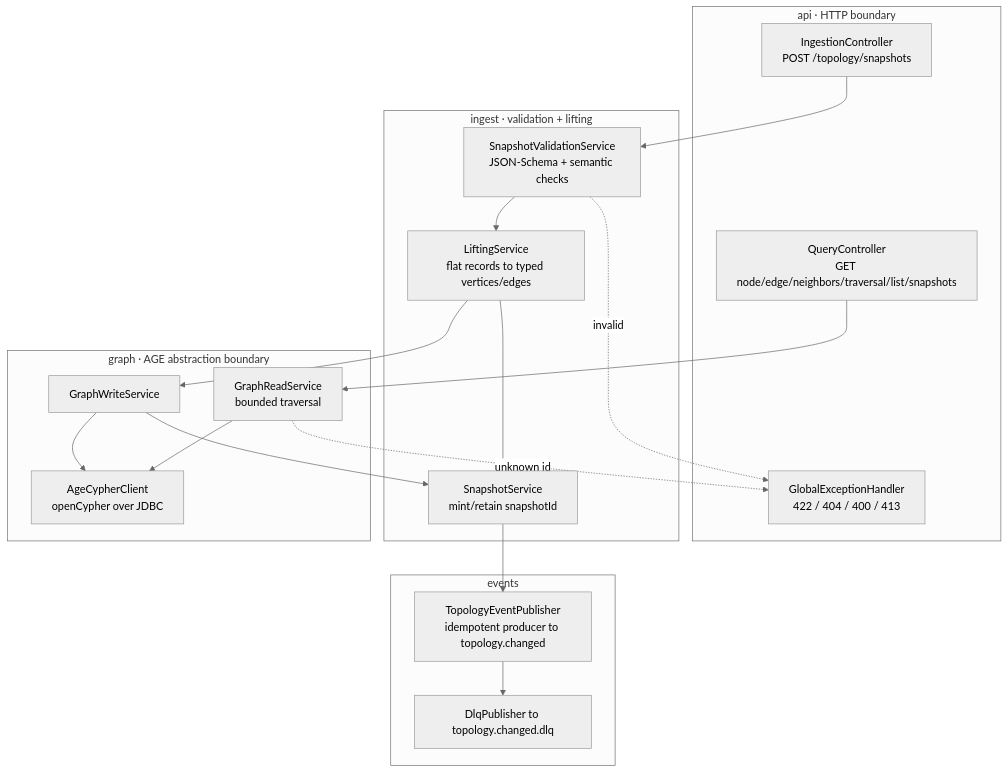
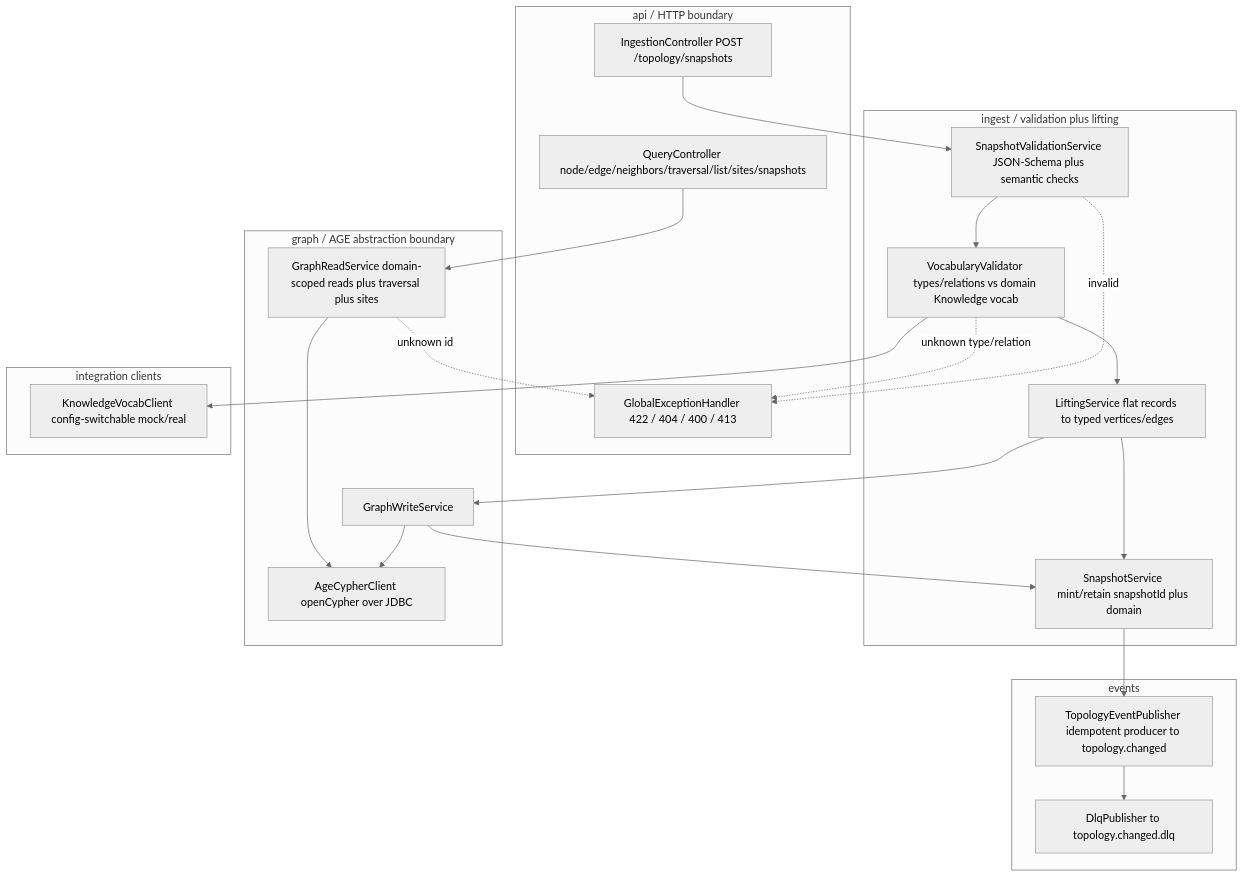
Before and after one commit to nikhilmohan/correlation-platform: the first of 9 diagrams in services/topology/design.md, drawn with Mermaid (neutral theme). The commit also changed other lines of this file, not shown here.

Commit message:
design(topology): domain isolation + Site/LOCATED_AT + attributes + Knowledge-vocab validation

````diff
--- a/services/topology/design.md
+++ b/services/topology/design.md
@@ -74,30 +98,36 @@
 ```mermaid
 flowchart TD
-  subgraph api[api · HTTP boundary]
-    IC[IngestionController\nPOST /topology/snapshots]
-    QC[QueryController\nGET node/edge/neighbors/traversal/list/snapshots]
-    EH[GlobalExceptionHandler\n422 / 404 / 400 / 413]
+  subgraph api[api / HTTP boundary]
+    IC[IngestionController POST /topology/snapshots]
+    QC[QueryController node/edge/neighbors/traversal/list/sites/snapshots]
+    EH[GlobalExceptionHandler 422 / 404 / 400 / 413]
   end
-  subgraph ingest[ingest · validation + lifting]
-    SV[SnapshotValidationService\nJSON-Schema + semantic checks]
-    LF[LiftingService\nflat records to typed vertices/edges]
-    SS[SnapshotService\nmint/retain snapshotId]
+  subgraph ingest[ingest / validation plus lifting]
+    SV[SnapshotValidationService JSON-Schema plus semantic checks]
+    VV[VocabularyValidator types/relations vs domain Knowledge vocab]
+    LF[LiftingService flat records to typed vertices/edges]
+    SS[SnapshotService mint/retain snapshotId plus domain]
   end
-  subgraph graph[graph · AGE abstraction boundary]
+  subgraph graph[graph / AGE abstraction boundary]
     GW[GraphWriteService]
-    GR[GraphReadService\nbounded traversal]
-    AC[AgeCypherClient\nopenCypher over JDBC]
+    GR[GraphReadService domain-scoped reads plus traversal plus sites]
+    AC[AgeCypherClient openCypher over JDBC]
+  end
+  subgraph integ[integration clients]
+    KC[KnowledgeVocabClient config-switchable mock/real]
   end
   subgraph events[events]
-    EP[TopologyEventPublisher\nidempotent producer to topology.changed]
+    EP[TopologyEventPublisher idempotent producer to topology.changed]
     DLQ[DlqPublisher to topology.changed.dlq]
   end
 
-  IC --> SV --> LF --> GW --> AC
+  IC --> SV --> VV --> LF --> GW --> AC
+  VV --> KC
   SV -. invalid .-> EH
+  VV -. unknown type/relation .-> EH
   LF --> SS
   GW --> SS
   SS --> EP --> DLQ
   QC --> GR --> AC
   GR -. unknown id .-> EH
 ```
````
